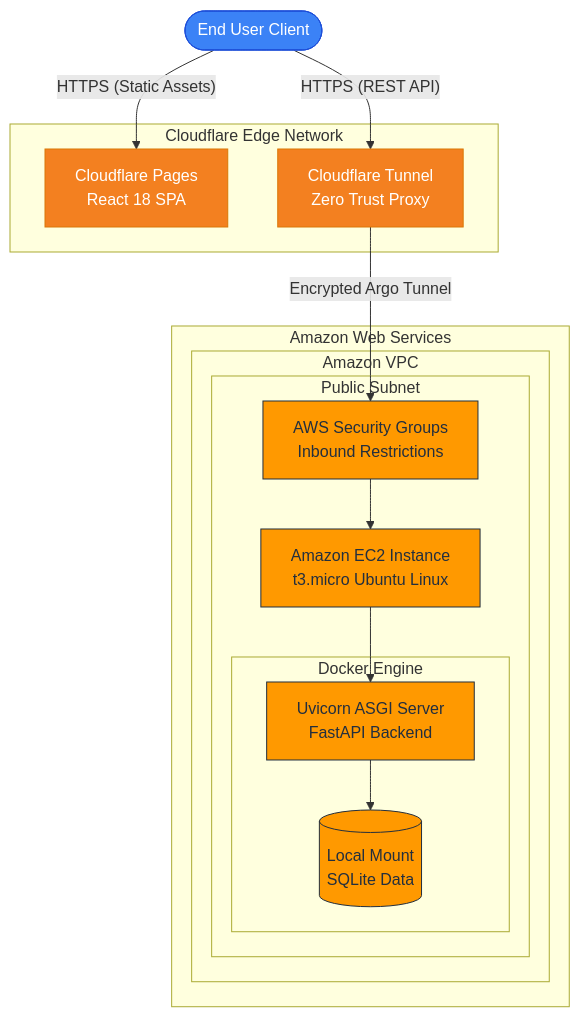
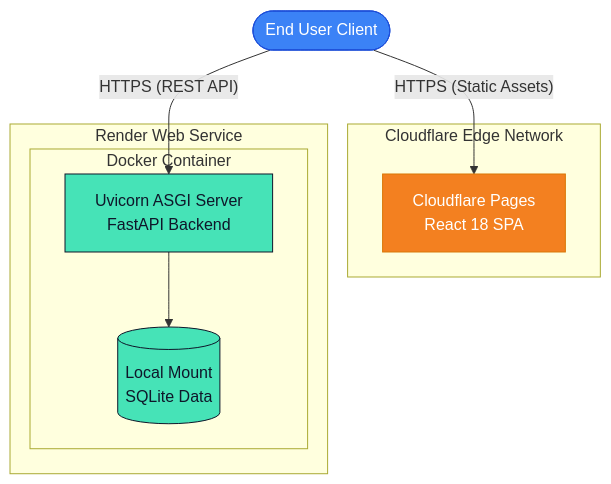
Before and after one commit to subh-ghosh/finshield-ai: the third of 3 diagrams in README.md, drawn with Mermaid. The commit also changed other lines of this file, not shown here.

Commit message:
docs: update README with Render deployment details

````diff
--- a/README.md
+++ b/README.md
@@ -122,35 +122,23 @@
 ```mermaid
 graph TD
     classDef cf fill:#f38020,stroke:#d97706,color:#fff;
-    classDef aws fill:#FF9900,stroke:#232f3e,color:#232f3e;
+    classDef render fill:#46E3B7,stroke:#0f172a,color:#0f172a;
     classDef user fill:#3b82f6,stroke:#1d4ed8,color:#fff;
 
     Client([End User Client]):::user
     
     subgraph Cloudflare Edge Network
         CF_Pages[Cloudflare Pages<br/>React 18 SPA]:::cf
-        CF_Tunnel[Cloudflare Tunnel<br/>Zero Trust Proxy]:::cf
     end
     
-    subgraph AWS Cloud [Amazon Web Services]
-        subgraph VPC [Amazon VPC]
-            subgraph Public Subnet
-                SecGroup[AWS Security Groups<br/>Inbound Restrictions]:::aws
-                EC2[Amazon EC2 Instance<br/>t3.micro Ubuntu Linux]:::aws
-                
-                subgraph Docker Engine
-                    Uvicorn[Uvicorn ASGI Server<br/>FastAPI Backend]:::aws
-                    SQLite[(Local Mount<br/>SQLite Data)]:::aws
-                end
-            end
+    subgraph Render Cloud [Render Web Service]
+        subgraph Docker Container
+            Uvicorn[Uvicorn ASGI Server<br/>FastAPI Backend]:::render
+            SQLite[(Local Mount<br/>SQLite Data)]:::render
         end
     end
 
     Client -- "HTTPS (Static Assets)" --> CF_Pages
-    Client -- "HTTPS (REST API)" --> CF_Tunnel
-    
-    CF_Tunnel -- "Encrypted Argo Tunnel" --> SecGroup
-    SecGroup --> EC2
-    EC2 --> Uvicorn
+    Client -- "HTTPS (REST API)" --> Uvicorn
     Uvicorn --> SQLite
 ```
````
